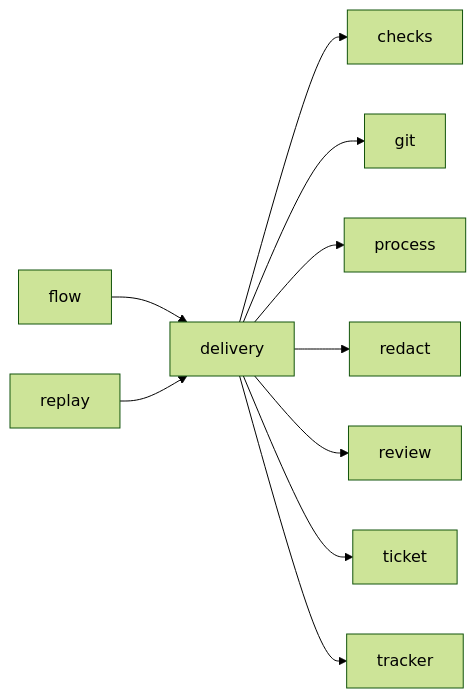
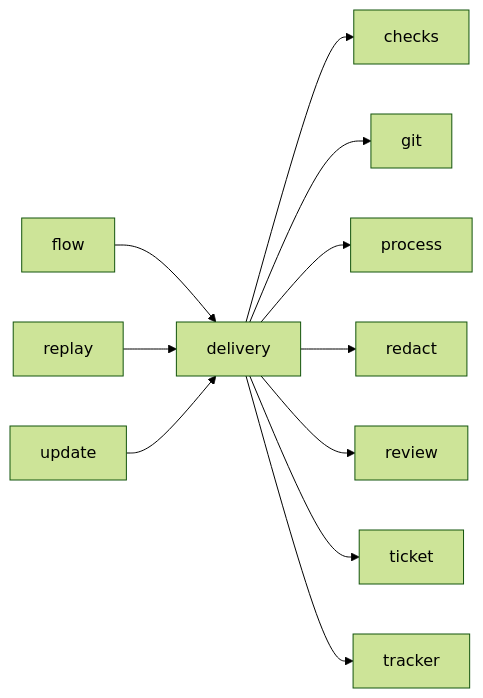
Before and after one commit to plaplanche/ariane: the third of 3 diagrams in docs/architecture/modules/delivery.md, drawn with Mermaid (forest theme). The commit also changed other lines of this file and 33 other files, not shown here.

````diff
--- a/docs/architecture/modules/delivery.md
+++ b/docs/architecture/modules/delivery.md
@@ -87,12 +88,13 @@
 ```mermaid
 flowchart LR
   delivery --> checks
   delivery --> git
   delivery --> process
   delivery --> redact
   delivery --> review
   delivery --> ticket
   delivery --> tracker
   flow --> delivery
   replay --> delivery
+  update --> delivery
 ```
````
